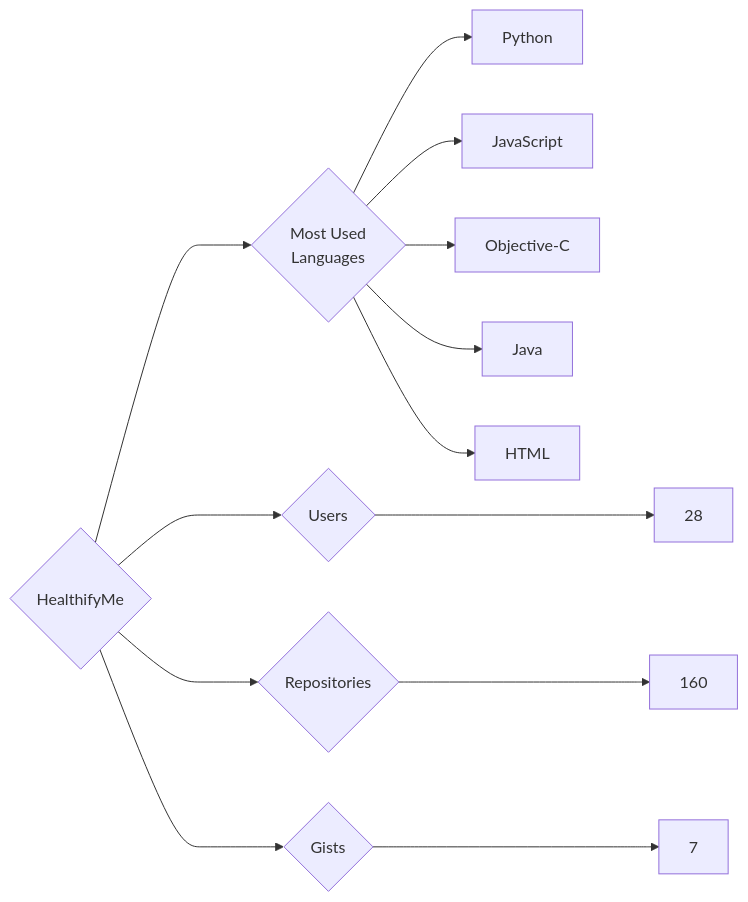
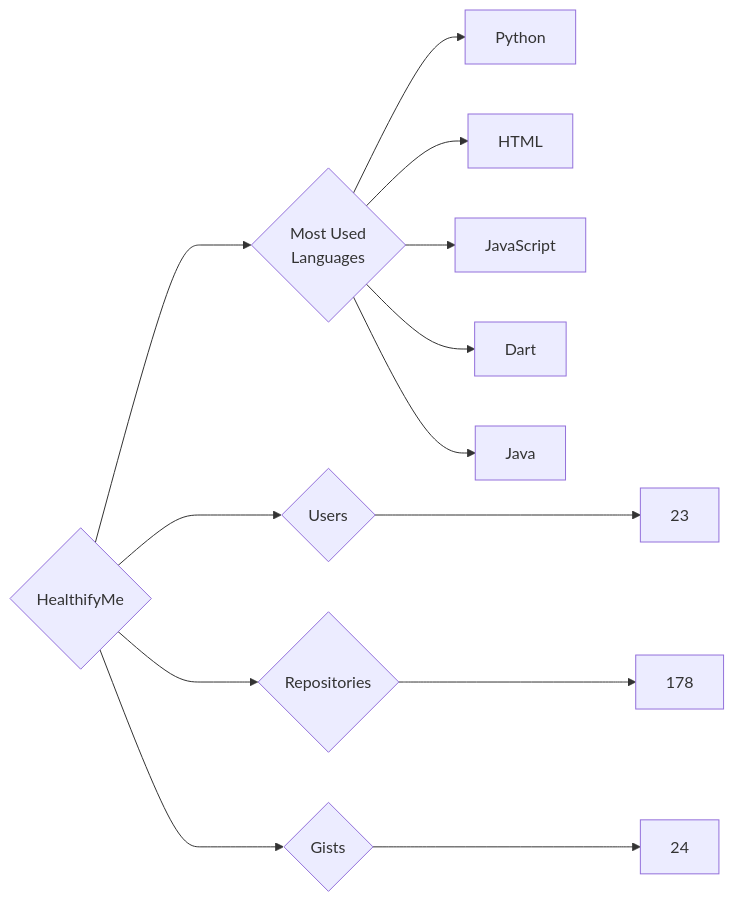
Before and after one commit to trickest/insiders: the diagram in targets/HealthifyMe/README.md, drawn with Mermaid. The commit also changed 925 other files, not shown here.

````diff
--- a/targets/HealthifyMe/README.md
+++ b/targets/HealthifyMe/README.md
@@ -3,13 +3,13 @@
 ```mermaid
 graph LR
 COMPANY_NAME{HealthifyMe}
-COMPANY_NAME ---> U{Users} ---> UN[28]
-COMPANY_NAME ---> R{Repositories} ---> RN[160]
-COMPANY_NAME ---> G{Gists} ---> GN[7]
+COMPANY_NAME ---> U{Users} ---> UN[23]
+COMPANY_NAME ---> R{Repositories} ---> RN[178]
+COMPANY_NAME ---> G{Gists} ---> GN[24]
 COMPANY_NAME ---> ML{Most Used<br>Languages}
 ML --> Python[Python]
+ML --> HTML[HTML]
 ML --> JavaScript[JavaScript]
-ML --> Objective-C[Objective-C]
+ML --> Dart[Dart]
 ML --> Java[Java]
-ML --> HTML[HTML]
 ```
````
